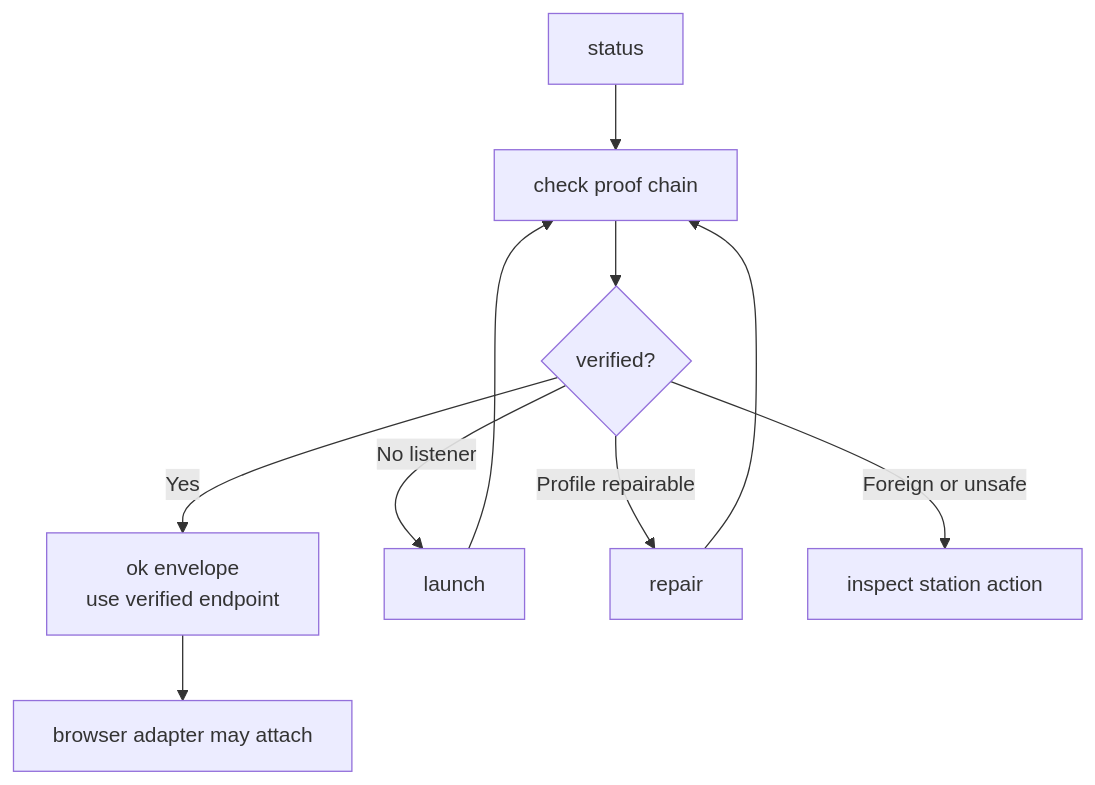
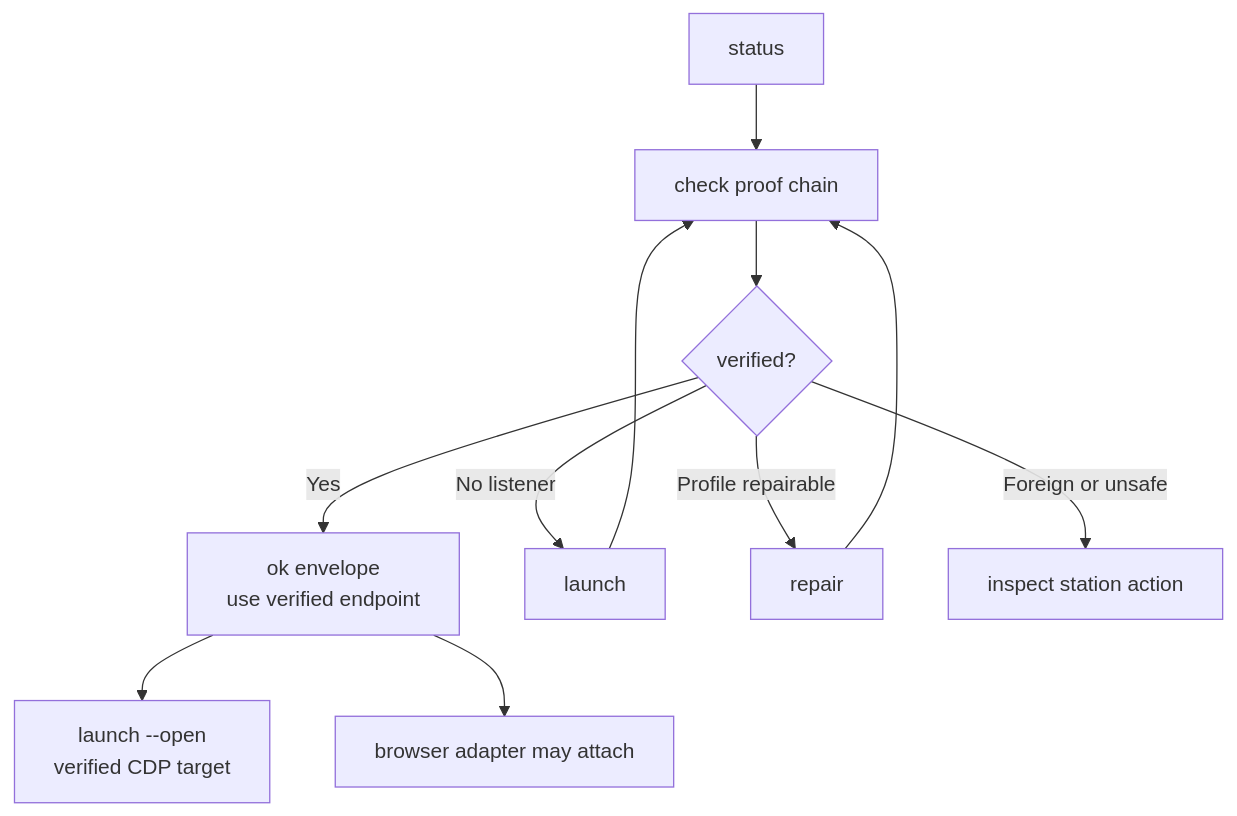
The diagram in runtime/warm-chrome/README.md (nathanvale/claude-code-config), drawn with Mermaid before and after one commit. The commit also changed other lines of this file and 37 other files, not shown here.

````diff
--- a/runtime/warm-chrome/README.md
+++ b/runtime/warm-chrome/README.md
@@ -52,12 +56,13 @@
 ```mermaid
 flowchart TD
   Status["status"] --> Check["check proof chain"]
   Check --> Verified{"verified?"}
   Verified -- "Yes" --> Endpoint["ok envelope<br/>use verified endpoint"]
   Verified -- "No listener" --> Launch["launch"]
   Verified -- "Profile repairable" --> Repair["repair"]
   Verified -- "Foreign or unsafe" --> Inspect["inspect station action"]
   Launch --> Check
+  Endpoint --> Open["launch --open<br/>verified CDP target"]
   Repair --> Check
   Endpoint --> Adapter["browser adapter may attach"]
 ```
````
